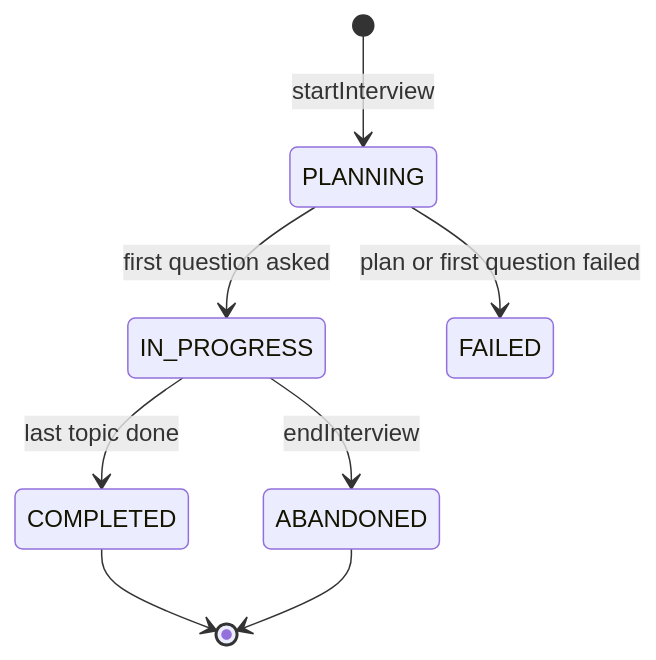
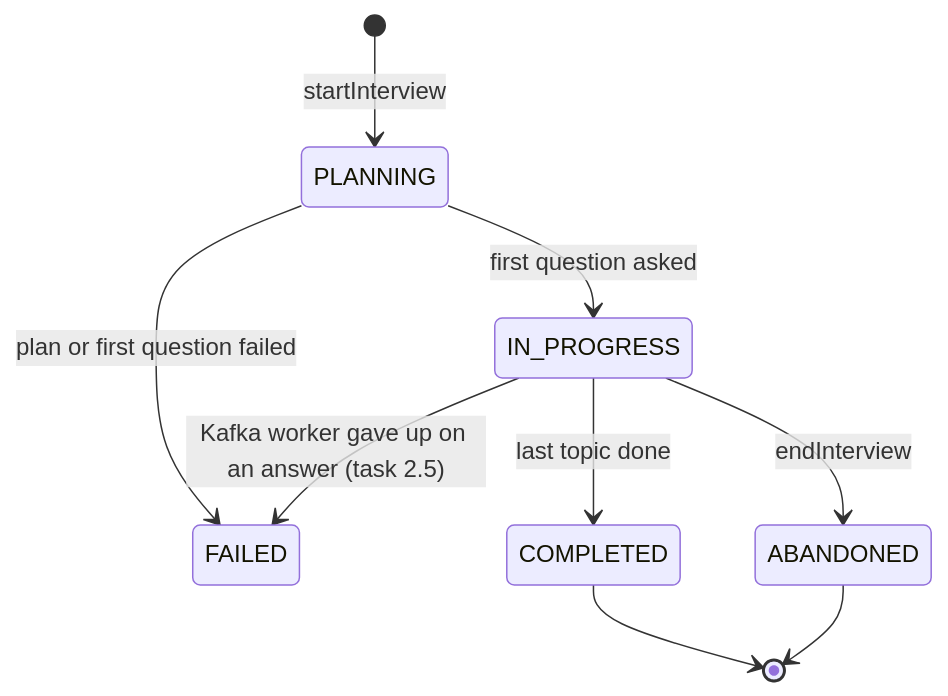
Before and after one commit to Aryankanani1/repo-interviewer: the second of 2 diagrams in docs/LLD.md, drawn with Mermaid. The commit also changed other lines of this file and 26 other files, not shown here.

````diff
--- a/docs/LLD.md
+++ b/docs/LLD.md
@@ -152,10 +156,11 @@
 ```mermaid
 stateDiagram-v2
     [*] --> PLANNING : startInterview
     PLANNING --> IN_PROGRESS : first question asked
     PLANNING --> FAILED : plan or first question failed
     IN_PROGRESS --> COMPLETED : last topic done
     IN_PROGRESS --> ABANDONED : endInterview
+    IN_PROGRESS --> FAILED : Kafka worker gave up on an answer (task 2.5)
     COMPLETED --> [*]
     ABANDONED --> [*]
 ```
````
